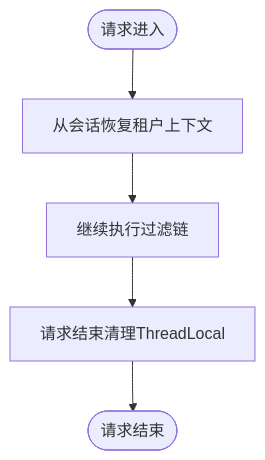
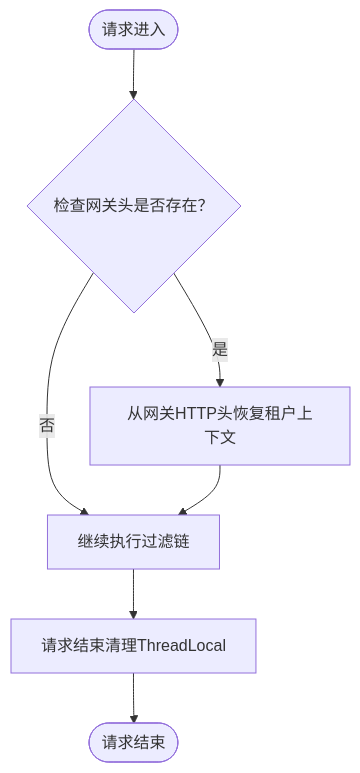
Before and after one commit to fq0121104930716/iam-platform: the sixth of 9 diagrams in .qoder/repowiki/zh/content/项目概述/项目结构/认证服务器 (iam-auth-server)/安全过滤器.md, drawn with Mermaid. The commit also changed other lines of this file and 13 other files, not shown here.

````diff
--- a/.qoder/repowiki/zh/content/项目概述/项目结构/认证服务器 (iam-auth-server)/安全过滤器.md
+++ b/.qoder/repowiki/zh/content/项目概述/项目结构/认证服务器 (iam-auth-server)/安全过滤器.md
@@ -242,7 +250,9 @@
 ```mermaid
 flowchart TD
-Enter(["请求进入"]) --> Restore["从会话恢复租户上下文"]
-Restore --> Chain["继续执行过滤链"]
+Enter(["请求进入"]) --> CheckHeader{"检查网关头是否存在？"}
+CheckHeader -- 是 --> Restore["从网关HTTP头恢复租户上下文"]
+CheckHeader -- 否 --> Chain["继续执行过滤链"]
+Restore --> Chain
 Chain --> Clear["请求结束清理ThreadLocal"]
 Clear --> Exit(["请求结束"])
 ```
````
